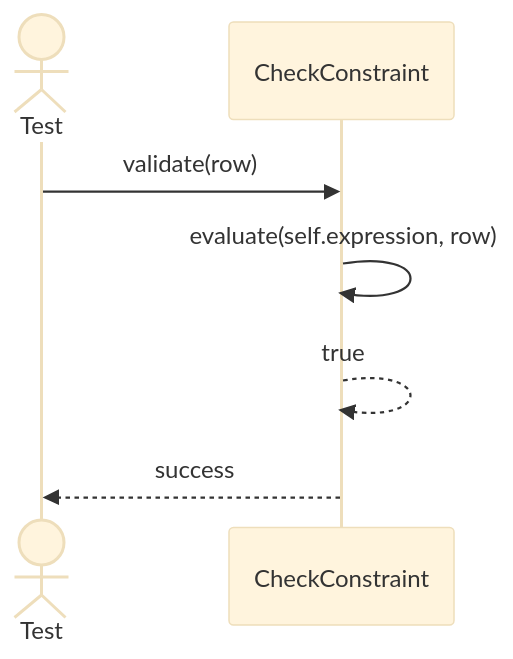
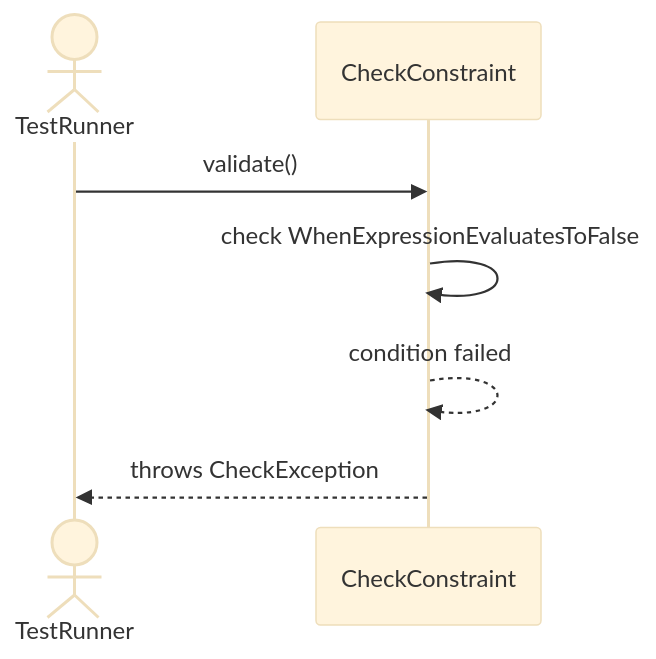
The second of 3 diagrams in Sequences/DatabaseObjectManagement/CheckConstraint.md (TamBui1706/DBMS), drawn with Mermaid (base theme) before and after one commit. The commit also changed other lines of this file and 63 other files, not shown here.

Commit message:
Draw sequence diagram for unit tests

````diff
--- a/Sequences/DatabaseObjectManagement/CheckConstraint.md
+++ b/Sequences/DatabaseObjectManagement/CheckConstraint.md
@@ -15,10 +27,9 @@
 ```mermaid
 sequenceDiagram
-    actor Test
+    actor TestRunner
     participant CheckConstraint
-
-    Test->>CheckConstraint: validate(row)
-    CheckConstraint->>CheckConstraint: evaluate(self.expression, row)
-    CheckConstraint-->>CheckConstraint: true
-    CheckConstraint-->>Test: success
+    TestRunner->>CheckConstraint: validate()
+    CheckConstraint->>CheckConstraint: check WhenExpressionEvaluatesToFalse
+    CheckConstraint-->>CheckConstraint: condition failed
+    CheckConstraint-->>TestRunner: throws CheckException
 ```
````
